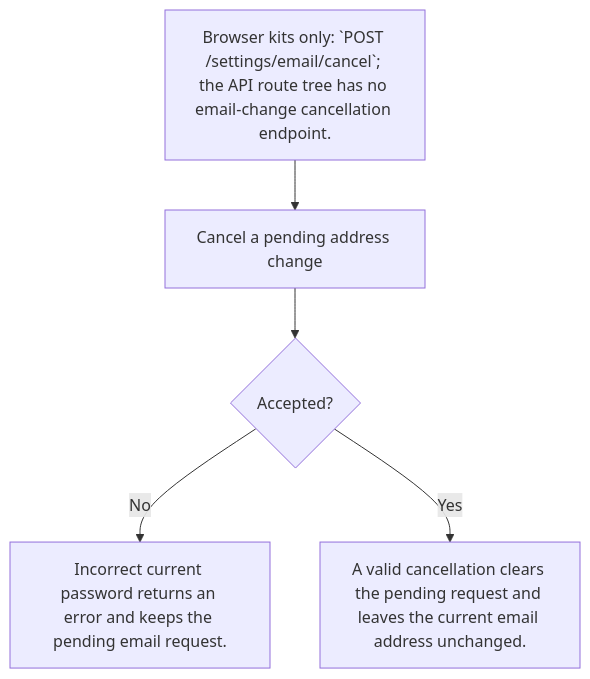
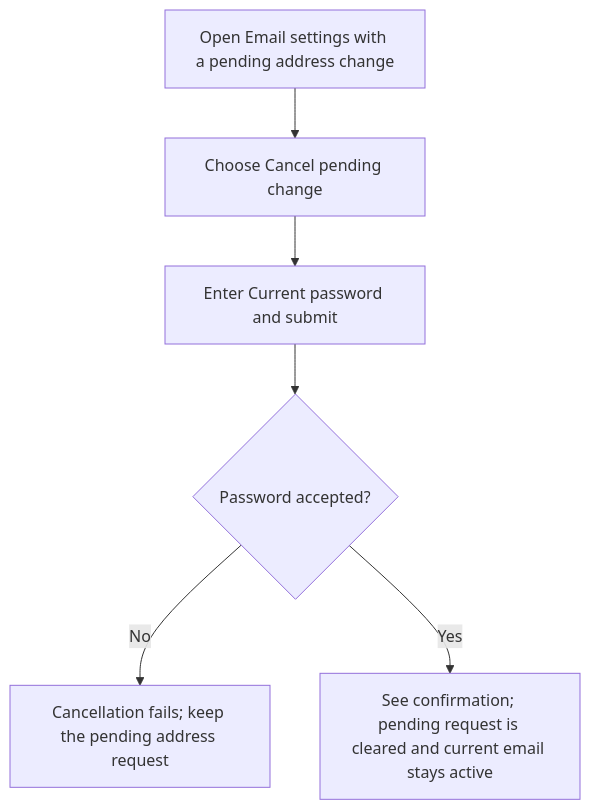
Before and after one commit to Kevinjohn/oss-adonisjs-starter-examples: the first of 2 diagrams in user-stories/accounts/us-account-06-cancel-email-change.md, drawn with Mermaid. The commit also changed other lines of this file and 8 other files, not shown here.

````diff
--- a/user-stories/accounts/us-account-06-cancel-email-change.md
+++ b/user-stories/accounts/us-account-06-cancel-email-change.md
@@ -22,7 +22,8 @@
 ```mermaid
 flowchart TD
-    A["Browser kits only: `POST /settings/email/cancel`; the API route tree has no email-change cancellation endpoint."] --> B["Cancel a pending address change"]
-    B --> C{"Accepted?"}
-    C -->|No| D["Incorrect current password returns an error and keeps the pending email request."]
-    C -->|Yes| E["A valid cancellation clears the pending request and leaves the current email address unchanged."]
+    A["Open Email settings with a pending address change"] --> B["Choose Cancel pending change"]
+    B --> C["Enter Current password and submit"]
+    C --> D{"Password accepted?"}
+    D -->|No| E["Cancellation fails; keep the pending address request"]
+    D -->|Yes| F["See confirmation; pending request is cleared and current email stays active"]
 ```
````
